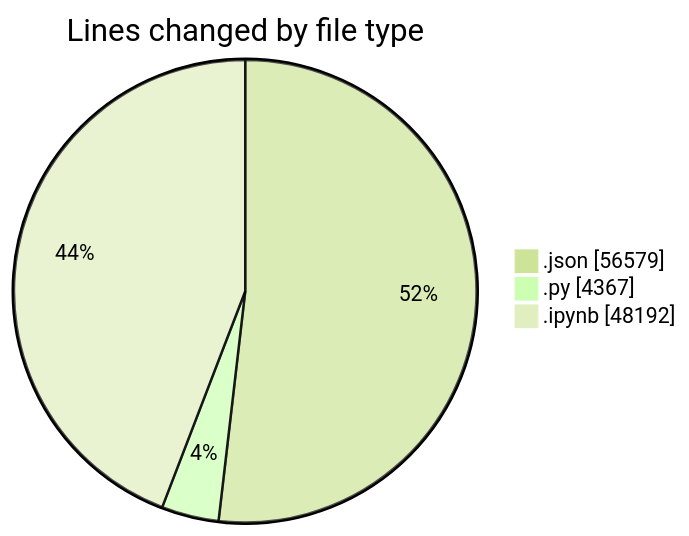
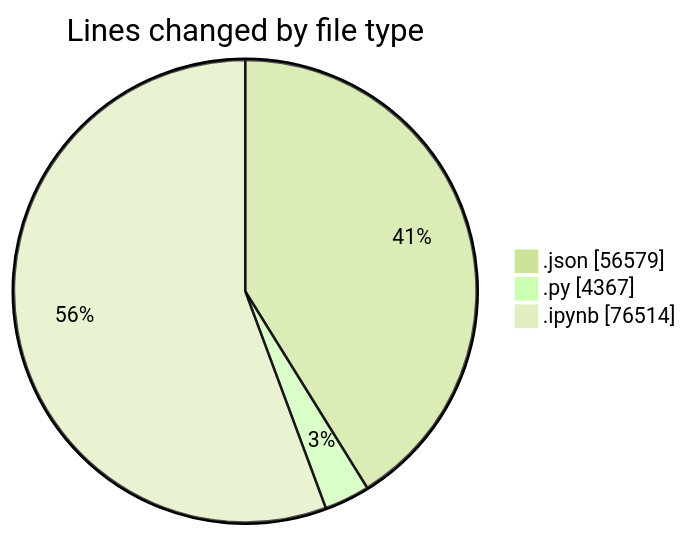
One commit to MatusMokan/code-tracking changed the first of 2 diagrams in 2025-10-04/untitled__workspace_/README.md. Above: the diagram before and after it, drawn with Mermaid (forest theme). The commit also changed other lines of this file and 1 other file, not shown here.

````diff
--- a/2025-10-04/untitled__workspace_/README.md
+++ b/2025-10-04/untitled__workspace_/README.md
@@ -36,7 +36,7 @@
 ```mermaid
 pie showData
 title Lines changed by file type
 ".json" : 56579
 ".py" : 4367
-".ipynb" : 48192
+".ipynb" : 76514
 ```
````
